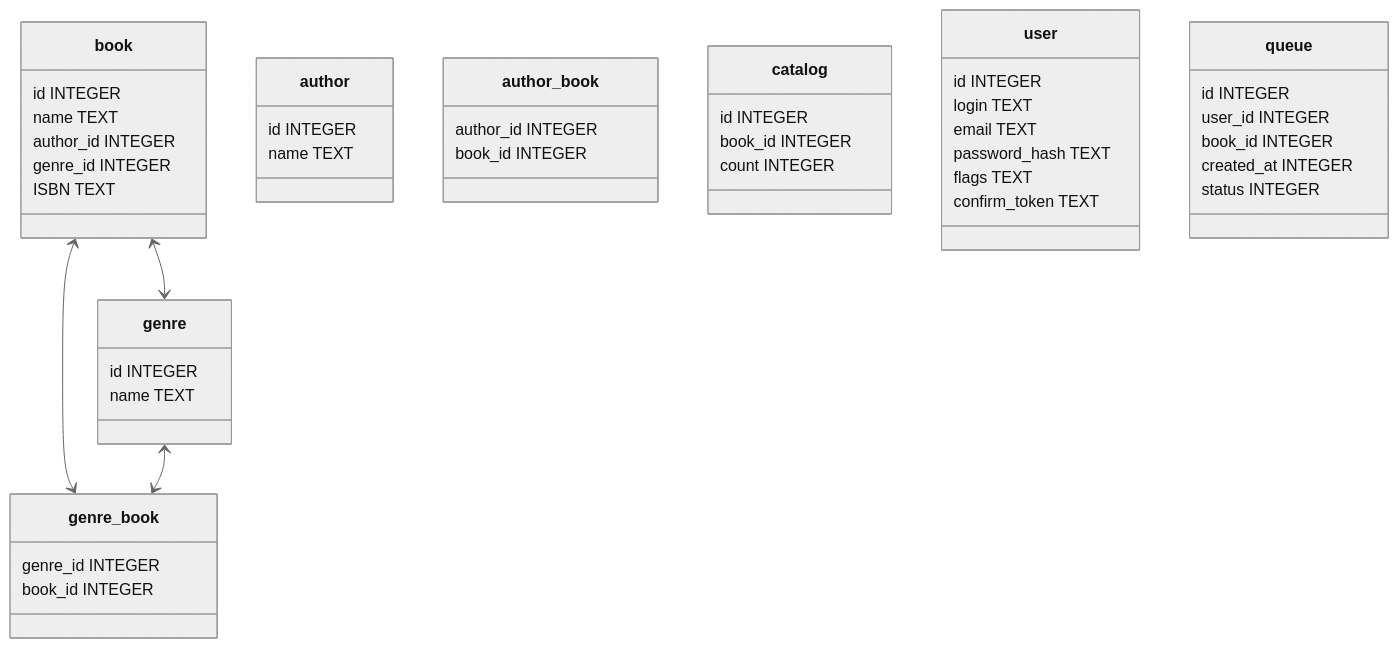
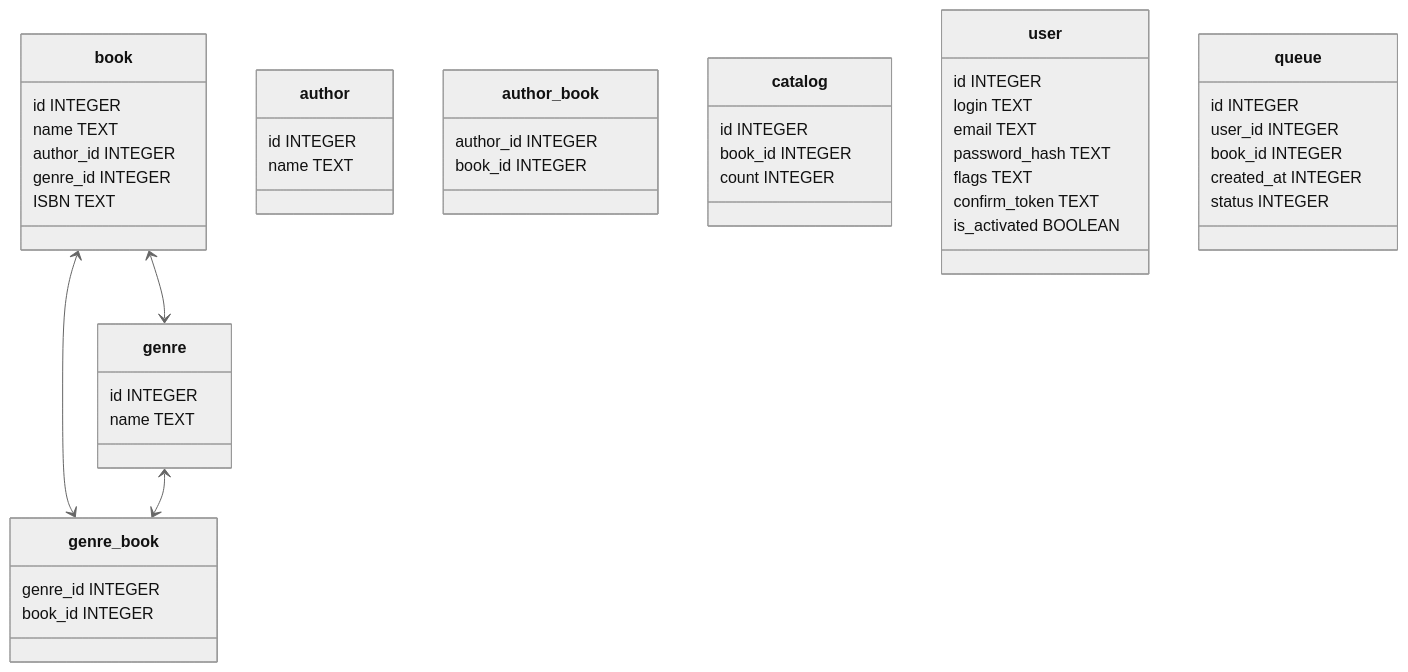
Before and after one commit to Ki4EH/lib-service: the first of 2 diagrams in README.md, drawn with Mermaid (neutral theme).

````diff
--- a/README.md
+++ b/README.md
@@ -25,60 +25,61 @@
 ```mermaid
 classDiagram
 direction TB
 
 book <--> genre 
 book <--> genre_book
 genre <--> genre_book
 
 class author{
     id INTEGER
     name TEXT
 }
 
 class book{
     id INTEGER
     name TEXT
     author_id INTEGER
     genre_id INTEGER
     ISBN TEXT
 }
 
 class genre{
     id INTEGER
     name TEXT
 }
 
 class genre_book{
     genre_id INTEGER
     book_id INTEGER
 }
 
 class author_book{
     author_id INTEGER
     book_id INTEGER
 }
 
 class catalog{
     id INTEGER
     book_id INTEGER
     count INTEGER
 }
 
 class user{
     id INTEGER
     login TEXT
     email TEXT
     password_hash TEXT
     flags TEXT
     confirm_token TEXT
+    is_activated BOOLEAN
 }
 
 class queue{
     id INTEGER
     user_id INTEGER
     book_id INTEGER
     created_at INTEGER
     status INTEGER
 }
 
 ```
````
